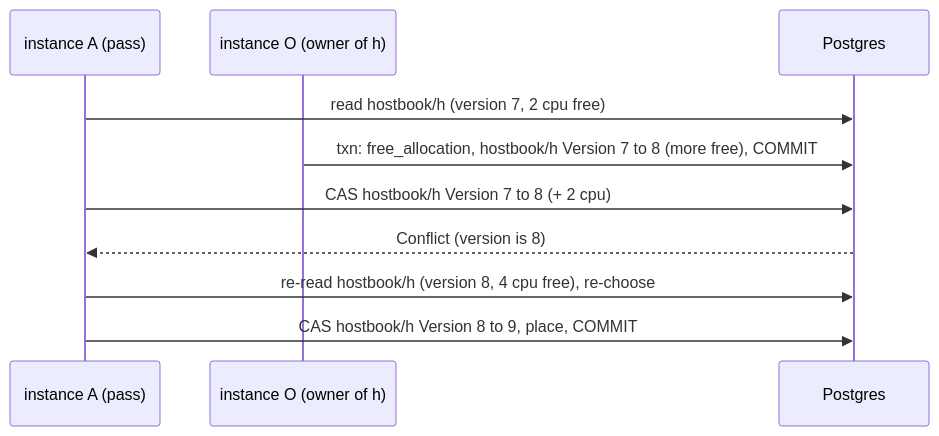
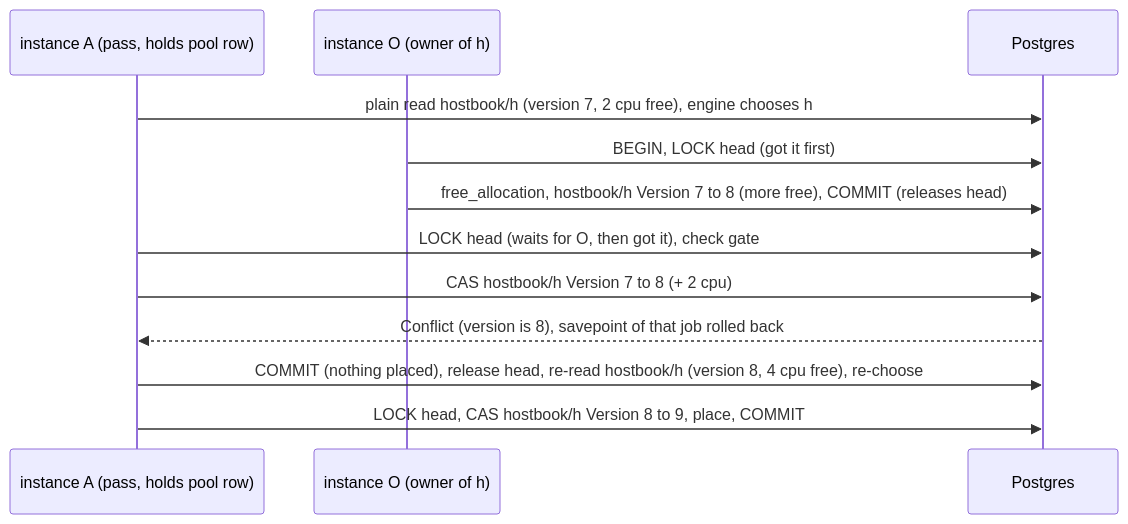
The fourth of 8 diagrams in docs/design/multi-instance.md (komira-ai/jobscheduler), drawn with Mermaid before and after one commit. The commit also changed other lines of this file, not shown here.

First line of the commit message:
Fix the multi-instance design for the second critic round: lock order, no sent_unix guard, hostbook gate, rollback order

````diff
--- a/docs/design/multi-instance.md
+++ b/docs/design/multi-instance.md
@@ -595,12 +663,14 @@
 ```mermaid
 sequenceDiagram
-    participant P as instance A (pass)
+    participant P as instance A (pass, holds pool row)
     participant O as instance O (owner of h)
     participant PG as Postgres
-    P->>PG: read hostbook/h (version 7, 2 cpu free)
-    O->>PG: txn: free_allocation, hostbook/h Version 7 to 8 (more free), COMMIT
+    P->>PG: plain read hostbook/h (version 7, 2 cpu free), engine chooses h
+    O->>PG: BEGIN, LOCK head (got it first)
+    O->>PG: free_allocation, hostbook/h Version 7 to 8 (more free), COMMIT (releases head)
+    P->>PG: LOCK head (waits for O, then got it), check gate
     P->>PG: CAS hostbook/h Version 7 to 8 (+ 2 cpu)
-    PG-->>P: Conflict (version is 8)
-    P->>PG: re-read hostbook/h (version 8, 4 cpu free), re-choose
-    P->>PG: CAS hostbook/h Version 8 to 9, place, COMMIT
+    PG-->>P: Conflict (version is 8), savepoint of that job rolled back
+    P->>PG: COMMIT (nothing placed), release head, re-read hostbook/h (version 8, 4 cpu free), re-choose
+    P->>PG: LOCK head, CAS hostbook/h Version 8 to 9, place, COMMIT
 ```
````
